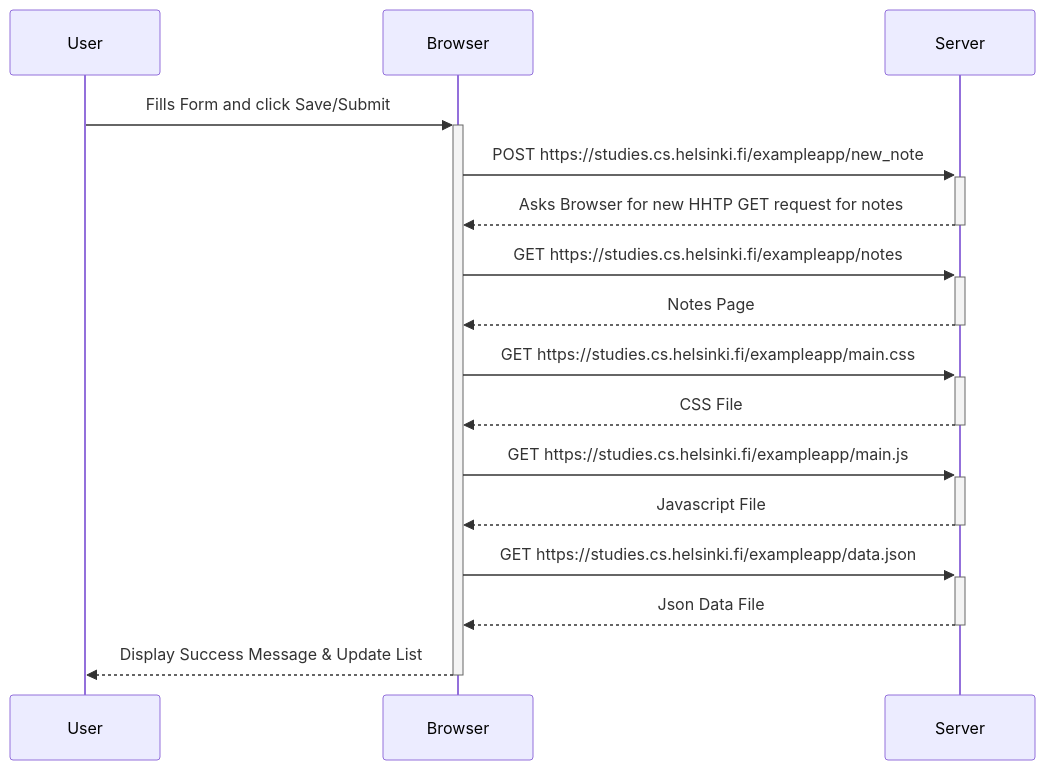
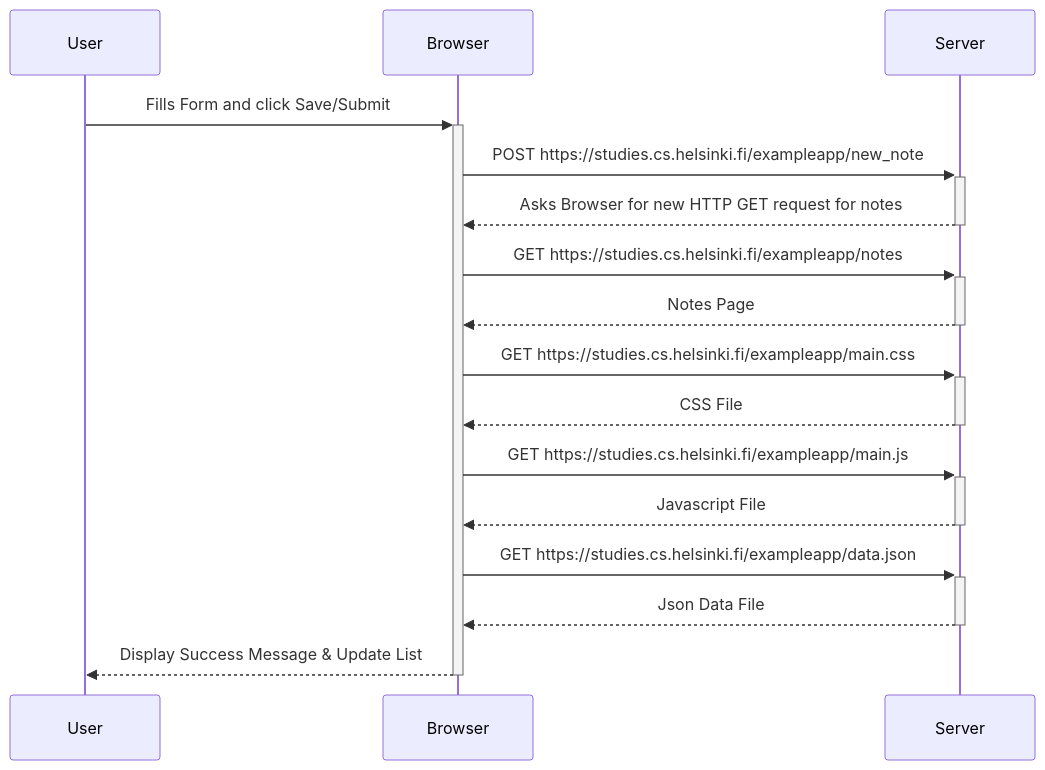
Before and after one commit to mruduljohn/fullstackopen: the diagram in part0/0.4.md, drawn with Mermaid.

````diff
--- a/part0/0.4.md
+++ b/part0/0.4.md
@@ -2,19 +2,19 @@
 ```mermaid
 sequenceDiagram
     participant User
     participant Browser
     participant Server
     User->>+Browser: Fills Form and click Save/Submit
     Browser->>+Server: POST https://studies.cs.helsinki.fi/exampleapp/new_note
-    Server-->>-Browser: Asks Browser for new HHTP GET request for notes
+    Server-->>-Browser: Asks Browser for new HTTP GET request for notes
     Browser->>+Server: GET https://studies.cs.helsinki.fi/exampleapp/notes
     Server-->>-Browser: Notes Page
     Browser->>+Server: GET https://studies.cs.helsinki.fi/exampleapp/main.css
     Server-->>-Browser: CSS File
     Browser->>+Server: GET https://studies.cs.helsinki.fi/exampleapp/main.js
     Server-->>-Browser: Javascript File
     Browser->>+Server: GET https://studies.cs.helsinki.fi/exampleapp/data.json
     Server-->>-Browser: Json Data File
     Browser-->>-User: Display Success Message & Update List
 
 ```
````
